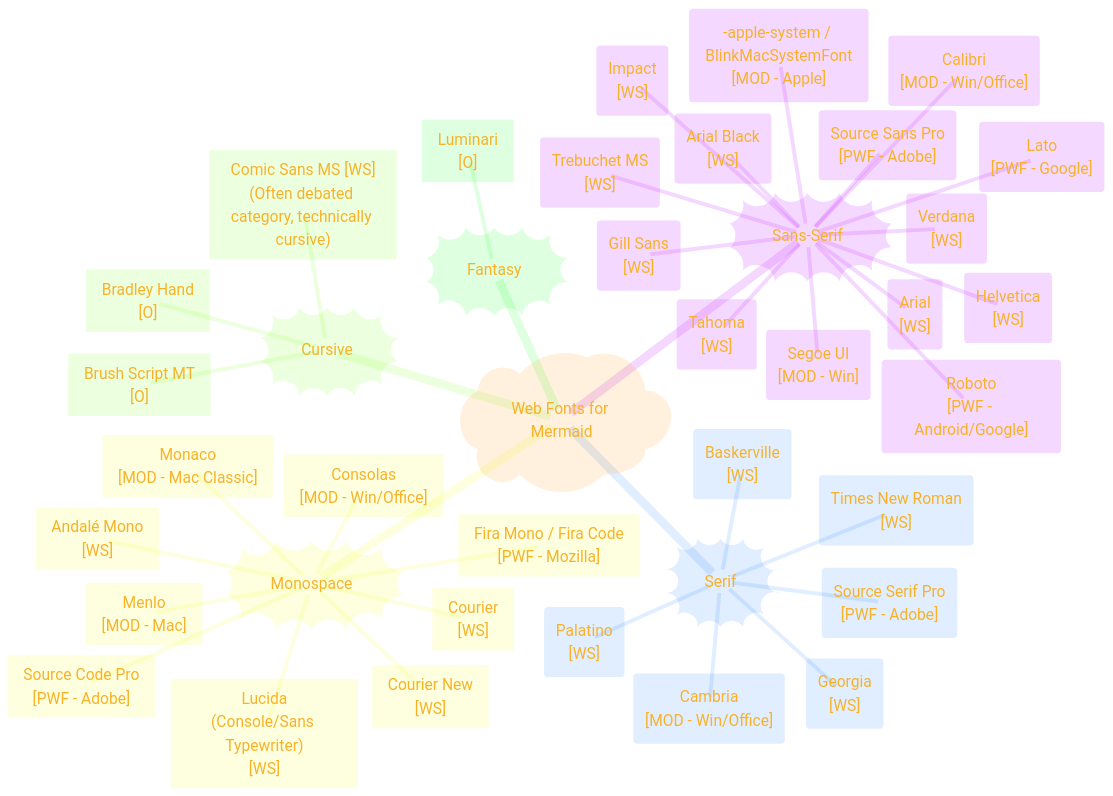
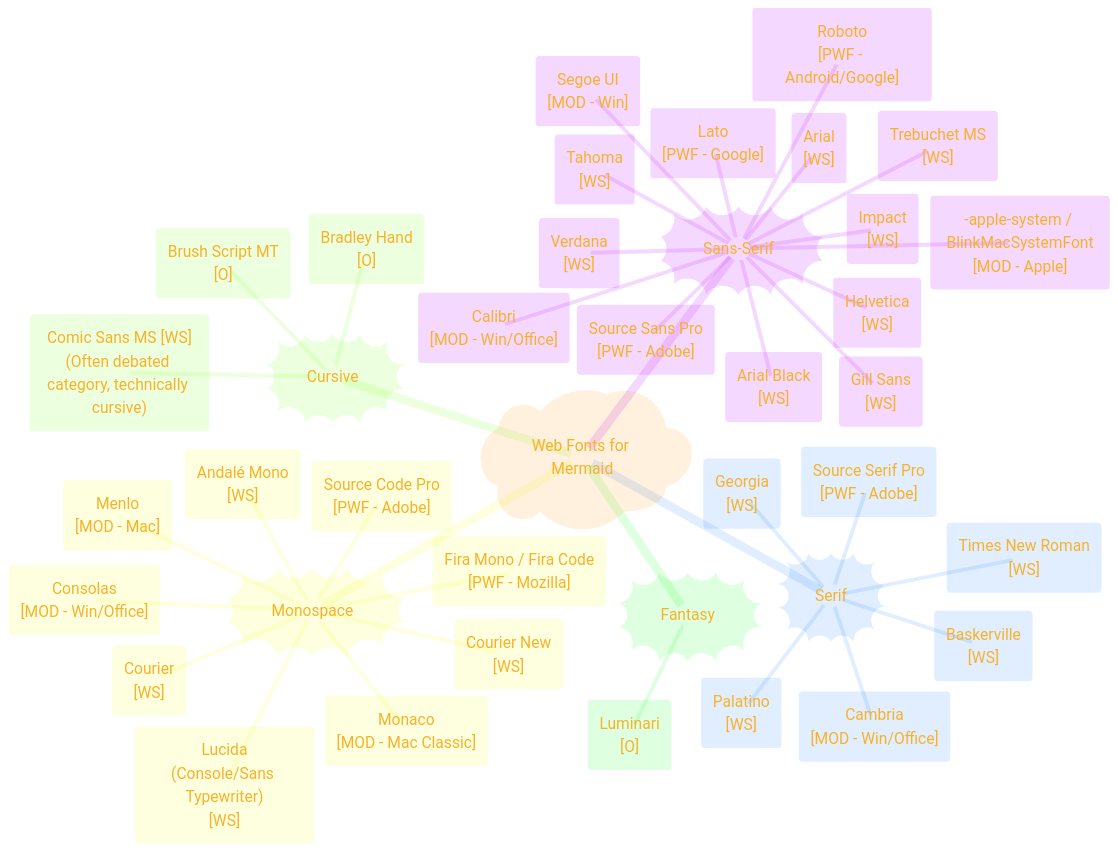
The first of 3 diagrams in MERMAID_JS/Web_Font_Guide/Web_Font_Guide.md (CongLeSolutionX/ArchExplorer), drawn with Mermaid before and after one commit.

````diff
--- a/MERMAID_JS/Web_Font_Guide/Web_Font_Guide.md
+++ b/MERMAID_JS/Web_Font_Guide/Web_Font_Guide.md
@@ -37,71 +37,71 @@
 ```mermaid
 ---
 title: "Font Categorization and Origin"
 author: "Cong Le"
 version: "1.0"
 license(s): "MIT, CC BY 4.0"
 copyright: "Copyright (c) 2025 Cong Le. All Rights Reserved."
 config:
   theme: base
 ---
 %%%%%%%% Mermaid version v11.4.1-b.14
 %%{
   init: {
     'fontFamily': 'Andale Mono, monospace',
     'mindmap': {
 	    'nodeAlign': 'center',
 	    'padding': 15
     },
     'themeVariables': {
       'primaryColor': '#FC82',
       'primaryTextColor': '#F8B229',
       'primaryBorderColor': '#27AE60',
       'secondaryColor': '#EBF3',
       'secondaryTextColor': '#6C3483',
       'secondaryBorderColor': '#A569BD',
       'fontSize': '20px'
     }
   }
 }%%
 mindmap
   root)"Web Fonts for Mermaid"(
     Sans_Serif))"Sans-Serif"((
       Helvetica("Helvetica<br>[WS]")
       Arial("Arial<br>[WS]")
       Arial_Black("Arial Black<br>[WS]")
       Verdana("Verdana<br>[WS]")
       Tahoma("Tahoma<br>[WS]")
       Trebuchet_MS("Trebuchet MS<br>[WS]")
       Impact("Impact<br>[WS]")
       Gill_Sans("Gill Sans<br>[WS]")
       Segoe_UI("Segoe UI<br>[MOD - Win]")
       apple_system("-apple-system / BlinkMacSystemFont<br>[MOD - Apple]")
       Calibri("Calibri<br>[MOD - Win/Office]")
       Roboto("Roboto<br>[PWF - Android/Google]")
       Source_Sans_Pro("Source Sans Pro<br>[PWF - Adobe]")
       Lato("Lato<br>[PWF - Google]")
     Serif))"Serif"((
       Times_New_Roman("Times New Roman<br>[WS]")
       Georgia("Georgia<br>[WS]")
       Palatino("Palatino<br>[WS]")
       Baskerville("Baskerville<br>[WS]")
       Cambria("Cambria<br>[MOD - Win/Office]")
       Source_Serif_Pro("Source Serif Pro<br>[PWF - Adobe]")
     Monospace))"Monospace"((
-      Andale_Mono["Andalé Mono<br>[WS]"]
-      Courier["Courier<br>[WS]"]
-      Courier_New["Courier New<br>[WS]"]
-      Lucida["Lucida<br>(Console/Sans Typewriter)<br>[WS]"]
-      Monaco["Monaco<br>[MOD - Mac Classic]"]
-      Consolas["Consolas<br>[MOD - Win/Office]"]
-      Menlo["Menlo<br>[MOD - Mac]"]
-      Source_Code_Pro["Source Code Pro<br>[PWF - Adobe]"]
-      Fira_Mono_Fira_Code["Fira Mono / Fira Code<br>[PWF - Mozilla]"]
+      Andale_Mono("Andalé Mono<br>[WS]")
+      Courier("Courier<br>[WS]")
+      Courier_New("Courier New<br>[WS]")
+      Lucida("Lucida<br>(Console/Sans Typewriter)<br>[WS]")
+      Monaco("Monaco<br>[MOD - Mac Classic]")
+      Consolas("Consolas<br>[MOD - Win/Office]")
+      Menlo("Menlo<br>[MOD - Mac]")
+      Source_Code_Pro("Source Code Pro<br>[PWF - Adobe]")
+      Fira_Mono_Fira_Code("Fira Mono / Fira Code<br>[PWF - Mozilla]")
     Cursive))"Cursive"((
-      Comic_Sans_MS["Comic Sans MS [WS]<br>(Often debated category, technically cursive)"]
-      Bradley_Hand["Bradley Hand<br>[O]"]
-      Brush_Script_MT["Brush Script MT<br>[O]"]
+      Comic_Sans_MS("Comic Sans MS [WS]<br>(Often debated category, technically cursive)")
+      Bradley_Hand("Bradley Hand<br>[O]")
+      Brush_Script_MT("Brush Script MT<br>[O]")
     Fantasy))"Fantasy"((
-      Luminari["Luminari<br>[O]"]
+      Luminari("Luminari<br>[O]")
       
 ```
````
